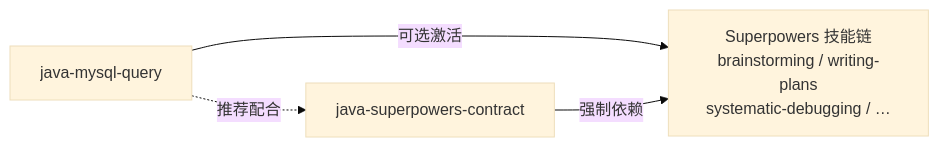
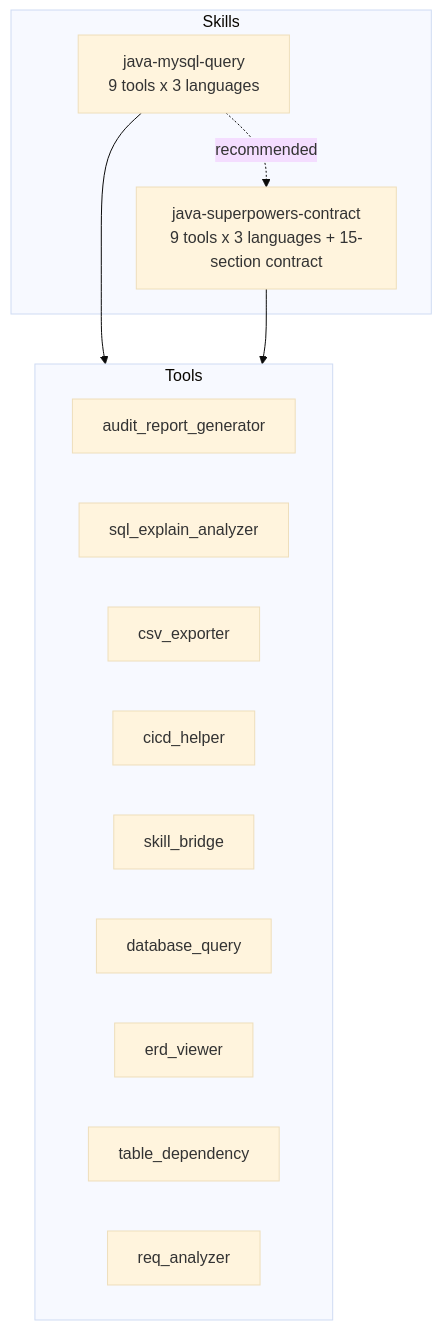
The diagram in README.md (chichengyu/java-developer-skill), drawn with Mermaid (base theme) before and after one commit. The commit also changed other lines of this file and 55 other files, not shown here.

````diff
--- a/README.md
+++ b/README.md
@@ -26,10 +30,21 @@
 ```mermaid
-flowchart LR
-    JMQ["java-mysql-query"]
-    JSC["java-superpowers-contract"]
-    SP["Superpowers 技能链<br/>brainstorming / writing-plans<br/>systematic-debugging / …"]
-
-    JMQ -- "可选激活" --> SP
-    JSC -- "强制依赖" --> SP
-    JMQ -. "推荐配合" .-> JSC
+flowchart TB
+    subgraph Skills
+        JMQ["java-mysql-query<br/>9 tools x 3 languages"]
+        JSC["java-superpowers-contract<br/>9 tools x 3 languages + 15-section contract"]
+    end
+    subgraph Tools
+        AR["audit_report_generator"]
+        SE["sql_explain_analyzer"]
+        CE["csv_exporter"]
+        CH["cicd_helper"]
+        SB["skill_bridge"]
+        DQ["database_query"]
+        EV["erd_viewer"]
+        TD["table_dependency"]
+        RA["req_analyzer"]
+    end
+    JMQ --> Tools
+    JSC --> Tools
+    JMQ -. "recommended" .-> JSC
 ```
````
